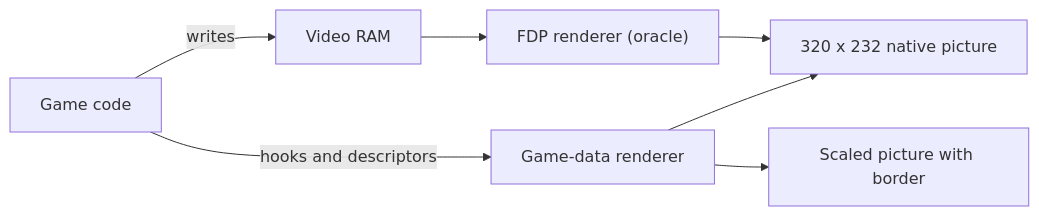
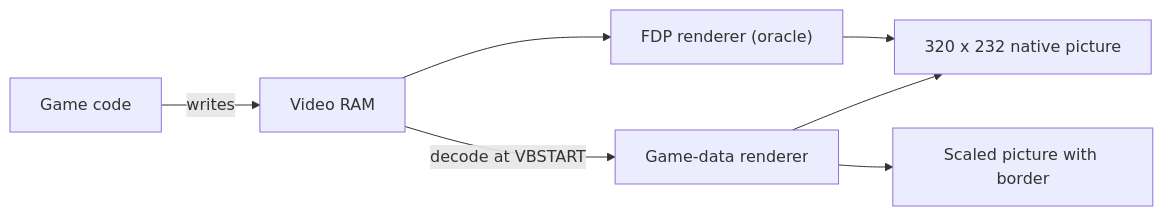
The diagram in docs/site/guide/video.md (ansxor/f3-recomp), drawn with Mermaid before and after one commit. The commit also changed other lines of this file and 73 other files, not shown here.

Commit message:
Rework game video HLE: generic/log/decode modules, scene/sprite/tile/text/line updates, docs refresh

````diff
--- a/docs/site/guide/video.md
+++ b/docs/site/guide/video.md
@@ -14,9 +14,9 @@
 ```mermaid
 flowchart LR
     G["Game code"] -->|writes| V["Video RAM"]
     V --> F["FDP renderer (oracle)"]
-    G -->|"hooks and descriptors"| D["Game-data renderer"]
+    V -->|"decode at VBSTART"| D["Game-data renderer"]
     F --> P["320 x 232 native picture"]
     D --> P
     D --> X["Scaled picture with border"]
 ```
````
